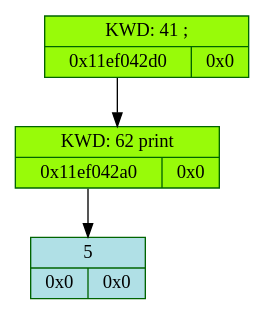
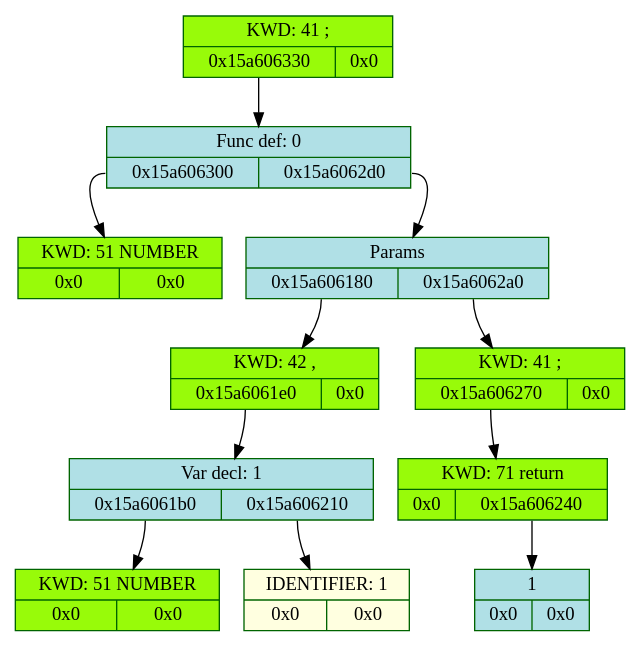
One commit to whiterno/my_lang changed the diagram in frontend/log/dump.dot. Above: the diagram before and after it, drawn with Graphviz. The commit also changed 8 other files, not shown here.

```diff
--- a/frontend/log/dump.dot
+++ b/frontend/log/dump.dot
@@ -1,9 +1,25 @@
 digraph D{
 	rankdir = TB
 
-	node_4814029568 [color = "darkgreen", style = "filled", shape = "record", fillcolor = "#98FB9" label = "{KWD: 41 ;  | {<fl4814029568> 0x11ef042d0 | <fr4814029568> 0x0}}"]
-	node_4814029568: <fl4814029568> -> node_4814029520 [color = "black", arrowhead = "normal", label = ""]
-	node_4814029520 [color = "darkgreen", style = "filled", shape = "record", fillcolor = "#98FB9" label = "{KWD: 62 print  | {<fl4814029520> 0x11ef042a0 | <fr4814029520> 0x0}}"]
-	node_4814029520: <fl4814029520> -> node_4814029472 [color = "black", arrowhead = "normal", label = ""]
-	node_4814029472 [color = "darkgreen", style = "filled", shape = "record", fillcolor = "#B0E0E6" label = "{5  | {<fl4814029472> 0x0 | <fr4814029472> 0x0}}"]
+	node_5811233632 [color = "darkgreen", style = "filled", shape = "record", fillcolor = "#98FB9" label = "{KWD: 41 ;  | {<fl5811233632> 0x15a606330 | <fr5811233632> 0x0}}"]
+	node_5811233632: <fl5811233632> -> node_5811233584 [color = "black", arrowhead = "normal", label = ""]
+	node_5811233584 [color = "darkgreen", style = "filled", shape = "record", fillcolor = "#B0E0E6" label = "{Func def: 0  | {<fl5811233584> 0x15a606300 | <fr5811233584> 0x15a6062d0}}"]
+	node_5811233584: <fl5811233584> -> node_5811233536 [color = "black", arrowhead = "normal", label = ""]
+	node_5811233536 [color = "darkgreen", style = "filled", shape = "record", fillcolor = "#98FB9" label = "{KWD: 51 NUMBER  | {<fl5811233536> 0x0 | <fr5811233536> 0x0}}"]
+	node_5811233584: <fr5811233584> -> node_5811233488 [color = "black", arrowhead = "normal", label = ""]
+	node_5811233488 [color = "darkgreen", style = "filled", shape = "record", fillcolor = "#B0E0E6" label = "{Params  | {<fl5811233488> 0x15a606180 | <fr5811233488> 0x15a6062a0}}"]
+	node_5811233488: <fl5811233488> -> node_5811233152 [color = "black", arrowhead = "normal", label = ""]
+	node_5811233152 [color = "darkgreen", style = "filled", shape = "record", fillcolor = "#98FB9" label = "{KWD: 42 ,  | {<fl5811233152> 0x15a6061e0 | <fr5811233152> 0x0}}"]
+	node_5811233152: <fl5811233152> -> node_5811233248 [color = "black", arrowhead = "normal", label = ""]
+	node_5811233248 [color = "darkgreen", style = "filled", shape = "record", fillcolor = "#B0E0E6" label = "{Var decl: 1 | {<fl5811233248> 0x15a6061b0 | <fr5811233248> 0x15a606210}}"]
+	node_5811233248: <fl5811233248> -> node_5811233200 [color = "black", arrowhead = "normal", label = ""]
+	node_5811233200 [color = "darkgreen", style = "filled", shape = "record", fillcolor = "#98FB9" label = "{KWD: 51 NUMBER  | {<fl5811233200> 0x0 | <fr5811233200> 0x0}}"]
+	node_5811233248: <fr5811233248> -> node_5811233296 [color = "black", arrowhead = "normal", label = ""]
+	node_5811233296 [color = "darkgreen", style = "filled", shape = "record", fillcolor = "#FFFFE0" label = "{IDENTIFIER: 1 | {<fl5811233296> 0x0 | <fr5811233296> 0x0}}"]
+	node_5811233488: <fr5811233488> -> node_5811233440 [color = "black", arrowhead = "normal", label = ""]
+	node_5811233440 [color = "darkgreen", style = "filled", shape = "record", fillcolor = "#98FB9" label = "{KWD: 41 ;  | {<fl5811233440> 0x15a606270 | <fr5811233440> 0x0}}"]
+	node_5811233440: <fl5811233440> -> node_5811233392 [color = "black", arrowhead = "normal", label = ""]
+	node_5811233392 [color = "darkgreen", style = "filled", shape = "record", fillcolor = "#98FB9" label = "{KWD: 71 return  | {<fl5811233392> 0x0 | <fr5811233392> 0x15a606240}}"]
+	node_5811233392: <fr5811233392> -> node_5811233344 [color = "black", arrowhead = "normal", label = ""]
+	node_5811233344 [color = "darkgreen", style = "filled", shape = "record", fillcolor = "#B0E0E6" label = "{1  | {<fl5811233344> 0x0 | <fr5811233344> 0x0}}"]
 }
```
